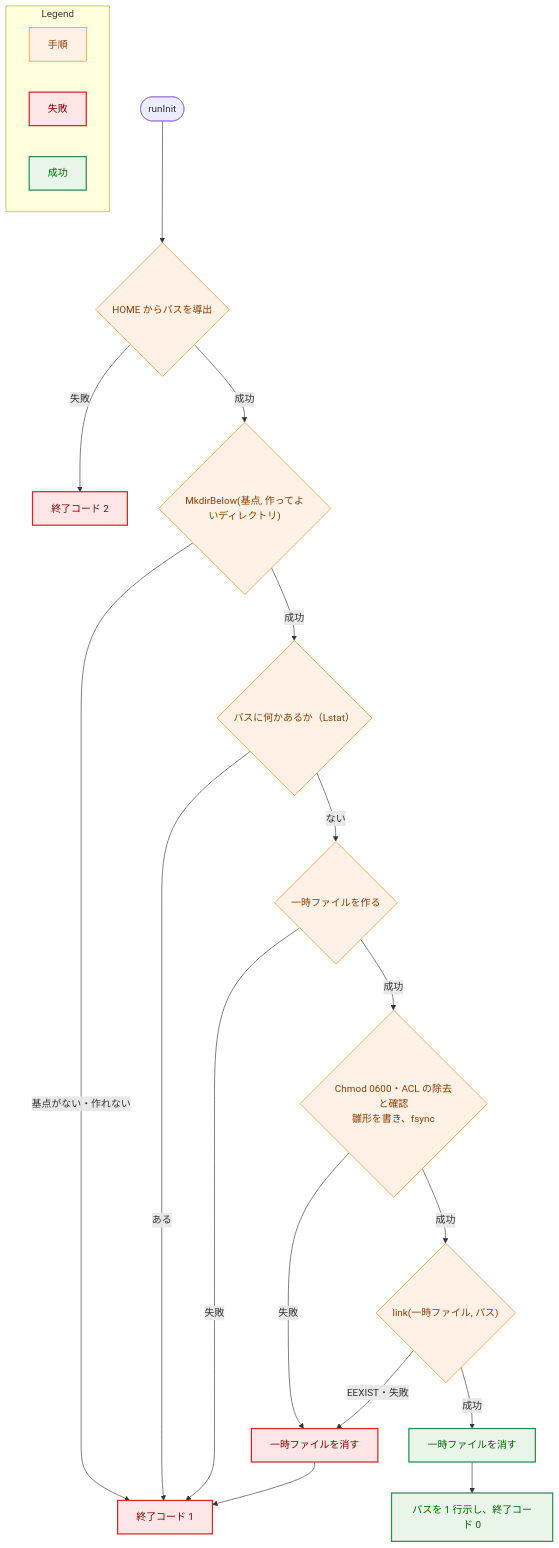
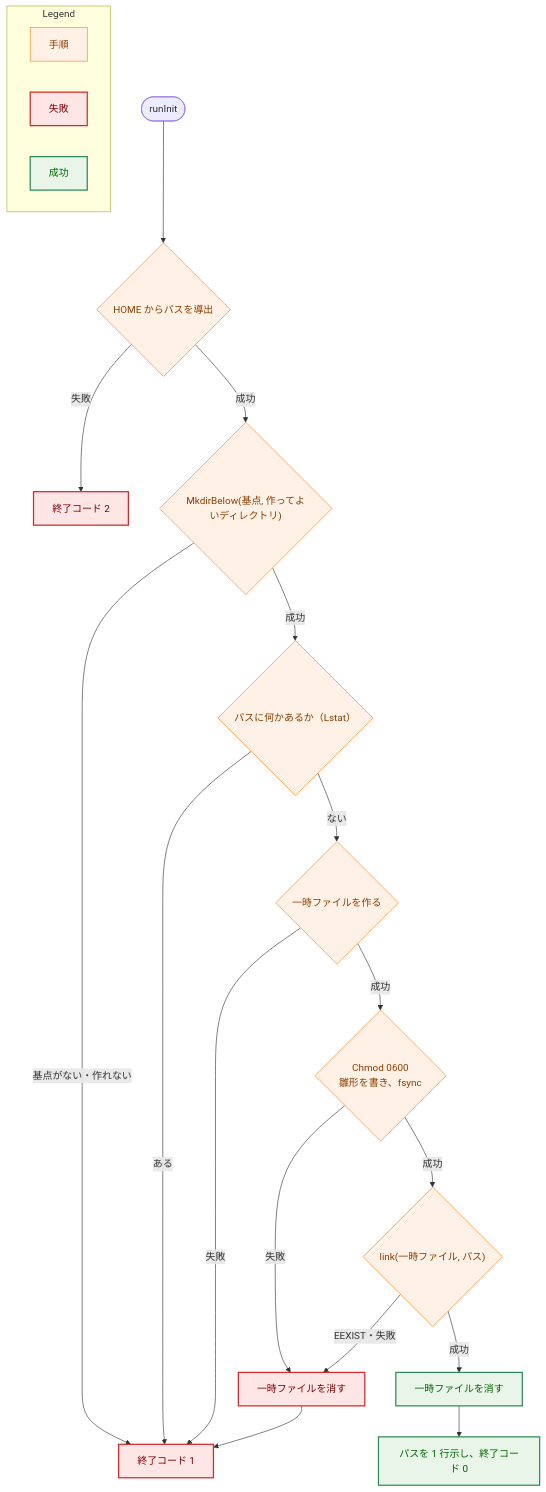
One commit to isseis/yt2column changed the seventh of 7 diagrams in docs/tasks/0066_server_config_file/02_architecture.md. Above: the diagram before and after it, drawn with Mermaid. The commit also changed other lines of this file and 2 other files, not shown here.

First line of the commit message:
docs(0066): accept the ACL of the config file as a residual risk

````diff
--- a/docs/tasks/0066_server_config_file/02_architecture.md
+++ b/docs/tasks/0066_server_config_file/02_architecture.md
@@ -752,35 +730,35 @@
 ```mermaid
 flowchart TD
     classDef process fill:#fff1e6,stroke:#ff7f0e,stroke-width:1px,color:#8a3e00;
     classDef problem fill:#ffe6e6,stroke:#d62728,stroke-width:2px,color:#7b0000;
     classDef enhanced fill:#e8f5e8,stroke:#2e8b57,stroke-width:2px,color:#006400;
 
     START(["runInit"]) --> LOC{"HOME からパスを導出"}
     LOC -->|"失敗"| X2["終了コード 2"]
     LOC -->|"成功"| MK{"MkdirBelow(基点, 作ってよいディレクトリ)"}
     MK -->|"基点がない・作れない"| X1["終了コード 1"]
     MK -->|"成功"| PRE{"パスに何かあるか（Lstat）"}
     PRE -->|"ある"| X1
     PRE -->|"ない"| TMP{"一時ファイルを作る"}
     TMP -->|"失敗"| X1
-    TMP -->|"成功"| PREP{"Chmod 0600・ACL の除去と確認<br>雛形を書き、fsync"}
+    TMP -->|"成功"| PREP{"Chmod 0600<br>雛形を書き、fsync"}
     PREP -->|"失敗"| CLEAN["一時ファイルを消す"]
     PREP -->|"成功"| LNK{"link(一時ファイル, パス)"}
     LNK -->|"EEXIST・失敗"| CLEAN
     LNK -->|"成功"| DONE["一時ファイルを消す"]
     CLEAN --> X1
     DONE --> X0["パスを 1 行示し、終了コード 0"]
 
     class LOC,MK,PRE,TMP,PREP,LNK process
     class X1,X2,CLEAN problem
     class DONE,X0 enhanced
 
     subgraph Legend["Legend"]
         L1["手順"]
         L2["失敗"]
         L3["成功"]
     end
     class L1 process
     class L2 problem
     class L3 enhanced
 ```
````
